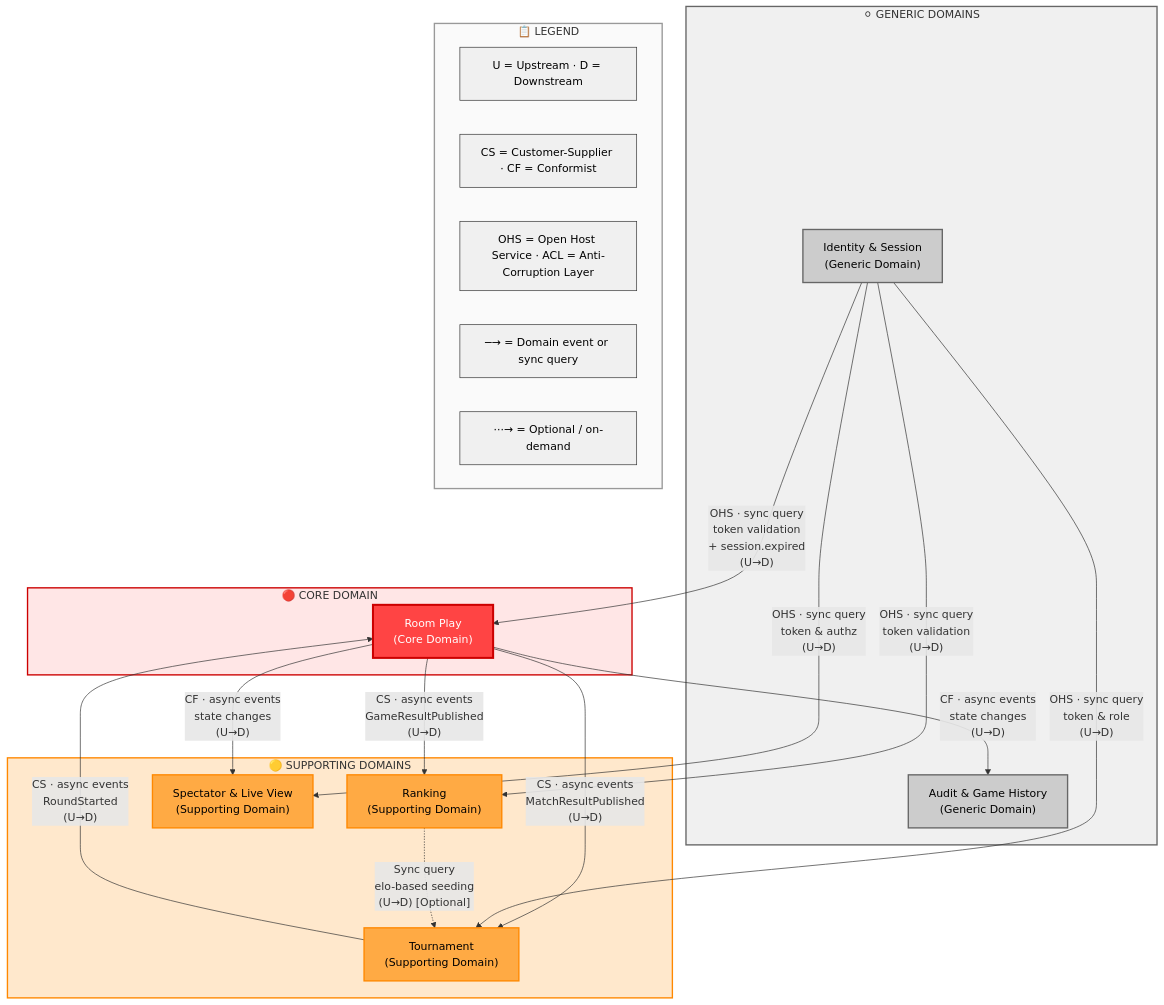
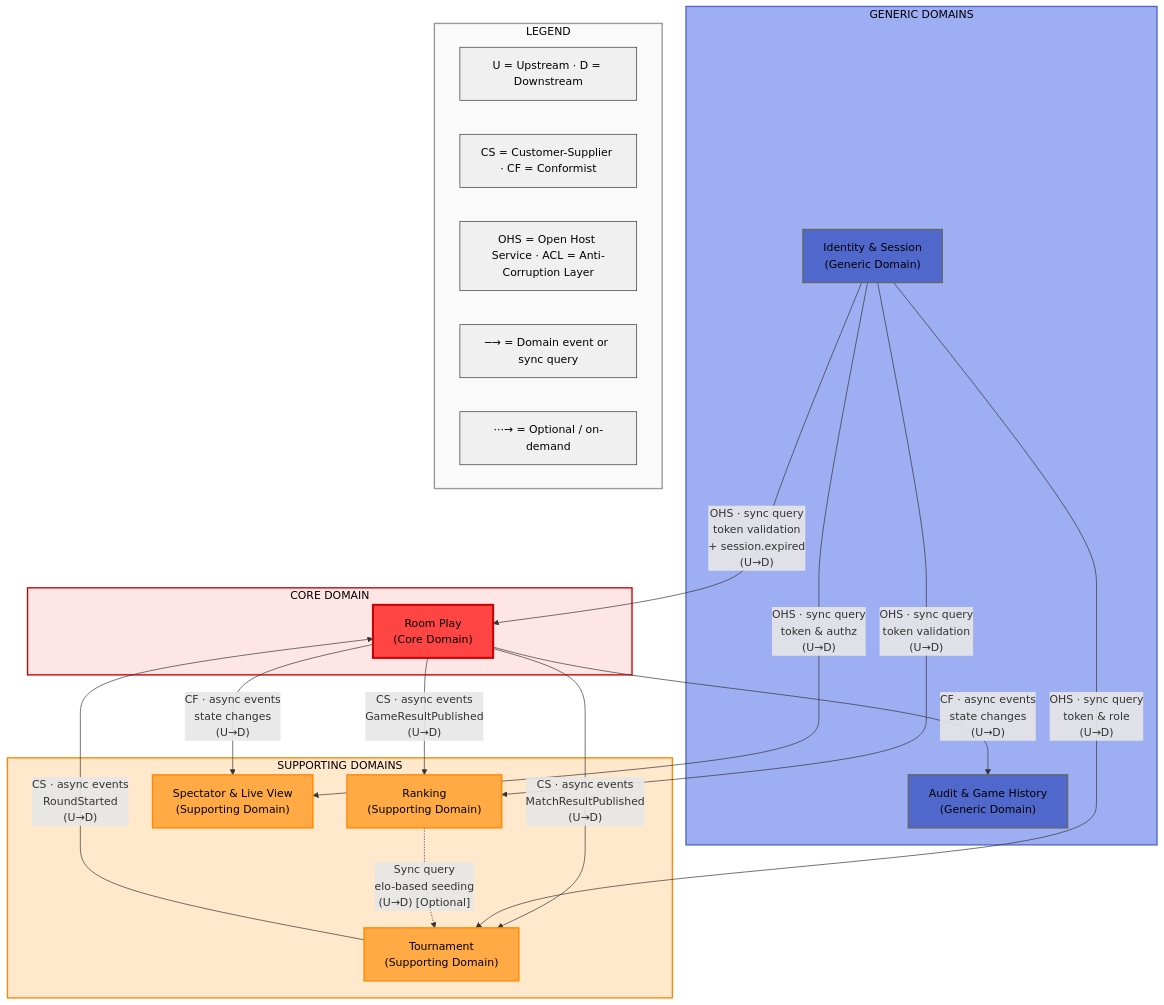
Before and after one commit to julietaTechenski/TP-microservicios: the diagram in DESIGN.md, drawn with Mermaid. The commit also changed other lines of this file, not shown here.

Commit message:
graph colors and match definition modified

````diff
--- a/DESIGN.md
+++ b/DESIGN.md
@@ -218,59 +218,59 @@
 ```mermaid
 flowchart TB
-    subgraph Core["🔴 CORE DOMAIN"]
+    subgraph Core["CORE DOMAIN"]
         RoomPlay["Room Play<br/>(Core Domain)"]
-        style RoomPlay fill:#ff4444,stroke:#cc0000,color:#fff,stroke-width:3px
+        style RoomPlay fill:#ff4444,stroke:#cc0000,color:#000,stroke-width:3px
     end
 
-    subgraph Supporting["🟡 SUPPORTING DOMAINS"]
+    subgraph Supporting["SUPPORTING DOMAINS"]
         Tournament["Tournament<br/>(Supporting Domain)"]
         Ranking["Ranking<br/>(Supporting Domain)"]
         Spectator["Spectator & Live View<br/>(Supporting Domain)"]
         style Tournament fill:#ffaa44,stroke:#ff8800,color:#000,stroke-width:2px
         style Ranking fill:#ffaa44,stroke:#ff8800,color:#000,stroke-width:2px
         style Spectator fill:#ffaa44,stroke:#ff8800,color:#000,stroke-width:2px
     end
 
-    subgraph Generic["⚪ GENERIC DOMAINS"]
+    subgraph Generic["GENERIC DOMAINS"]
         Audit["Audit & Game History<br/>(Generic Domain)"]
         Identity["Identity & Session<br/>(Generic Domain)"]
-        style Audit fill:#cccccc,stroke:#666666,color:#000,stroke-width:2px
-        style Identity fill:#cccccc,stroke:#666666,color:#000,stroke-width:2px
+        style Audit fill:#5068cc,stroke:#666666,color:#000,stroke-width:2px
+        style Identity fill:#5068cc,stroke:#666666,color:#000,stroke-width:2px
     end
 
-    %% Room Play → downstream (async domain events)
+%% Room Play → downstream (async domain events)
     RoomPlay -->|"CS · async events<br/>MatchResultPublished<br/>(U→D)"| Tournament
     RoomPlay -->|"CS · async events<br/>GameResultPublished<br/>(U→D)"| Ranking
     RoomPlay -->|"CF · async events<br/>state changes<br/>(U→D)"| Spectator
     RoomPlay -->|"CF · async events<br/>state changes<br/>(U→D)"| Audit
 
-    %% Tournament → Room Play (room creation for rounds)
+%% Tournament → Room Play (room creation for rounds)
     Tournament -->|"CS · async events<br/>RoundStarted<br/>(U→D)"| RoomPlay
 
-    %% Identity → consumers (auth, consulted via OHS)
+%% Identity → consumers (auth, consulted via OHS)
     Identity -->|"OHS · sync query<br/>token validation<br/>+ session.expired<br/>(U→D)"| RoomPlay
     Identity -->|"OHS · sync query<br/>token & authz<br/>(U→D)"| Spectator
     Identity -->|"OHS · sync query<br/>token & role<br/>(U→D)"| Tournament
     Identity -->|"OHS · sync query<br/>token validation<br/>(U→D)"| Ranking
 
-    %% Ranking → Tournament (optional seeding query)
+%% Ranking → Tournament (optional seeding query)
     Ranking -.->|"Sync query<br/>elo-based seeding<br/>(U→D) [Optional]"| Tournament
 
-    subgraph Legend["📋 LEGEND"]
+    subgraph Legend["LEGEND"]
         L1["U = Upstream · D = Downstream"]
         L2["CS = Customer-Supplier · CF = Conformist"]
         L3["OHS = Open Host Service · ACL = Anti-Corruption Layer"]
         L4["─→ = Domain event or sync query"]
         L5["···→ = Optional / on-demand"]
         style L1 fill:#f0f0f0,stroke:#333,color:#000
         style L2 fill:#f0f0f0,stroke:#333,color:#000
         style L3 fill:#f0f0f0,stroke:#333,color:#000
         style L4 fill:#f0f0f0,stroke:#333,color:#000
         style L5 fill:#f0f0f0,stroke:#333,color:#000
     end
 
-    style Core fill:#ffe6e6,stroke:#cc0000,stroke-width:2px
-    style Supporting fill:#ffe8cc,stroke:#ff8800,stroke-width:2px
-    style Generic fill:#f0f0f0,stroke:#666666,stroke-width:2px
-    style Legend fill:#fafafa,stroke:#999,stroke-width:2px
+    style Core fill:#ffe6e6,stroke:#cc0000,color:#000,stroke-width:2px
+    style Supporting fill:#ffe8cc,stroke:#ff8800,color:#000,stroke-width:2px
+    style Generic fill:#9daef2,stroke:#5068cc,color:#000,stroke-width:2px
+    style Legend fill:#fafafa,stroke:#999,color:#000,stroke-width:2px
 ```
````
